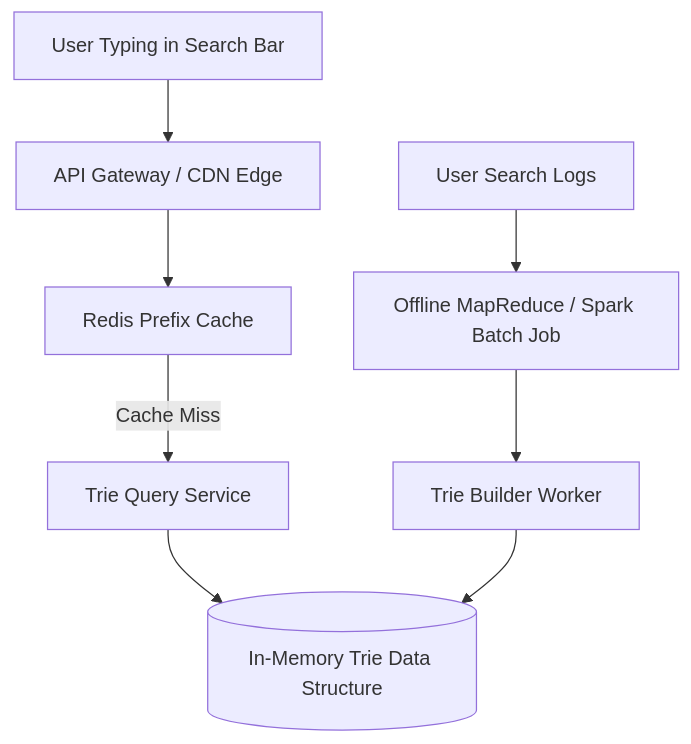
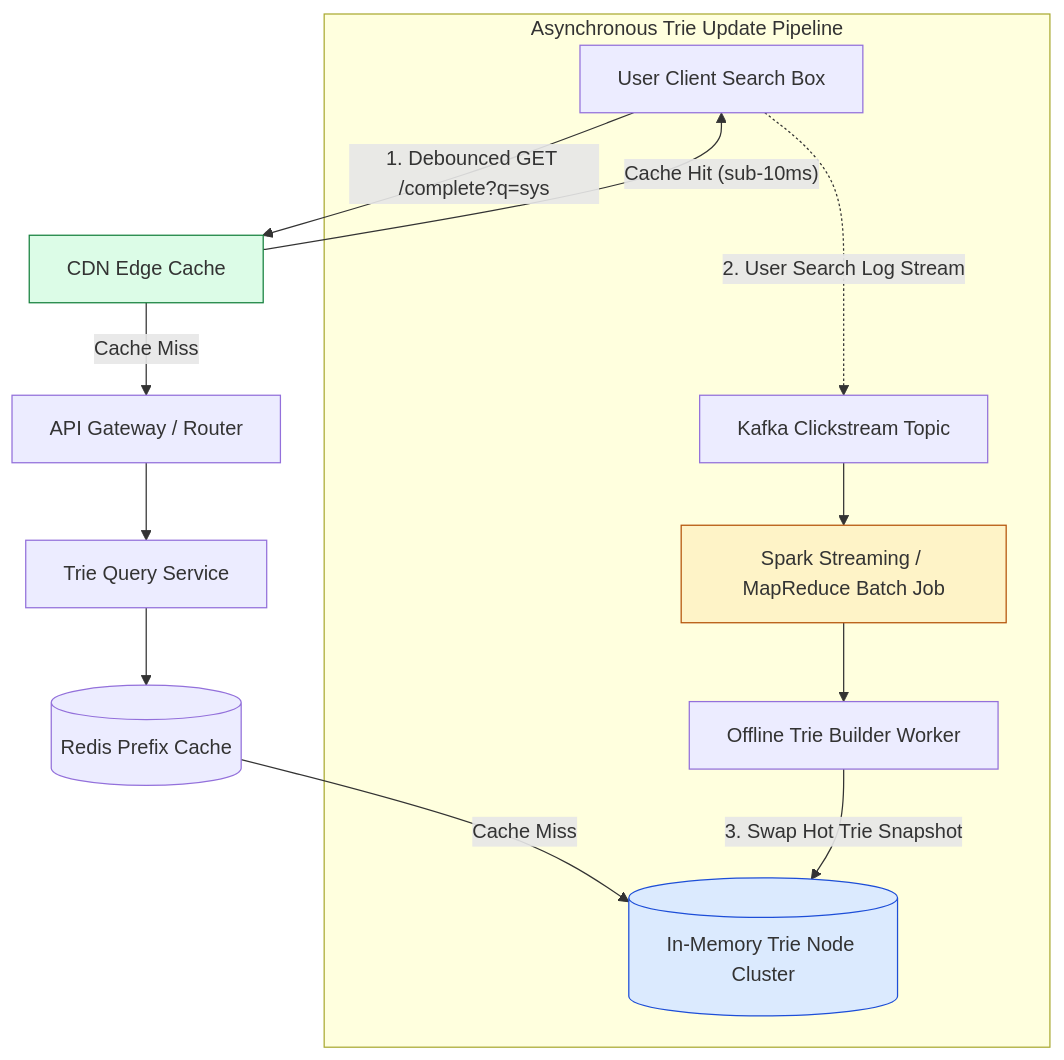
Before and after one commit to Amie-dev/engineering-playbook: the first of 3 diagrams in system-design-notes/31-design-search-autocomplete.md, drawn with Mermaid. The commit also changed other lines of this file and 33 other files, not shown here.

````diff
--- a/system-design-notes/31-design-search-autocomplete.md
+++ b/system-design-notes/31-design-search-autocomplete.md
@@ -10,12 +13,22 @@
 ```mermaid
 flowchart TD
-    Client[User Typing in Search Bar] --> Gateway[API Gateway / CDN Edge]
-    Gateway --> Cache[Redis Prefix Cache]
-    Cache -- "Cache Miss" --> QueryService[Trie Query Service]
+    Client[User Client Search Box] -->|1. Debounced GET /complete?q=sys| EdgeCDN[CDN Edge Cache]
 
-    QueryService --> TrieDB[(In-Memory Trie Data Structure)]
+    EdgeCDN -- "Cache Hit (sub-10ms)" --> Client
+    EdgeCDN -- "Cache Miss" --> Gateway[API Gateway / Router]
+    
+    Gateway --> QuerySvc[Trie Query Service]
+    QuerySvc --> RedisCache[(Redis Prefix Cache)]
+    RedisCache -- "Cache Miss" --> TrieStore[(In-Memory Trie Node Cluster)]
 
-    Analytics[User Search Logs] --> MapReduce[Offline MapReduce / Spark Batch Job]
-    MapReduce --> UpdateService[Trie Builder Worker]
-    UpdateService --> TrieDB
+    subgraph Asynchronous Trie Update Pipeline
+        Client -.->|2. User Search Log Stream| Kafka[Kafka Clickstream Topic]
+        Kafka --> Spark[Spark Streaming / MapReduce Batch Job]
+        Spark --> TrieBuilder[Offline Trie Builder Worker]
+        TrieBuilder -->|3. Swap Hot Trie Snapshot| TrieStore
+    end
+
+    style EdgeCDN fill:#dcfce7,stroke:#15803d
+    style TrieStore fill:#dbeafe,stroke:#1d4ed8
+    style Spark fill:#fef3c7,stroke:#b45309
 ```
````
